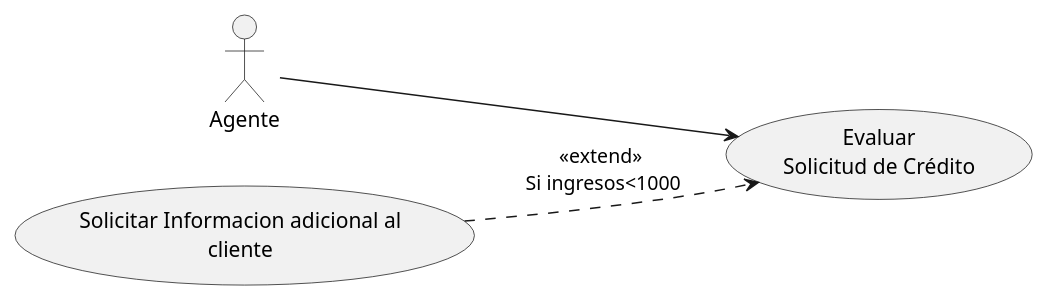
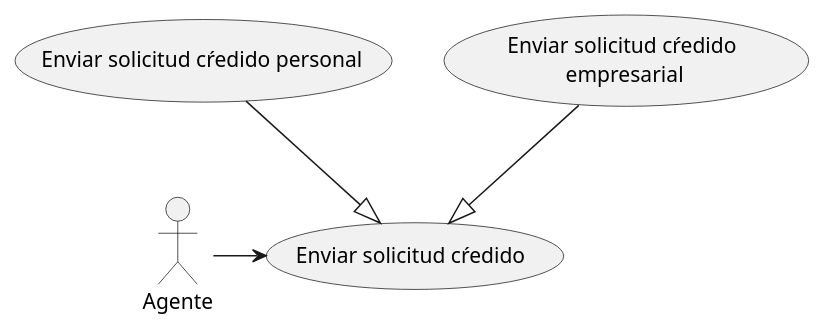
The diagram in src/diagrama de casos de uso.puml (preguntitas/PlanUml2), drawn with PlantUML before and after one commit.

Commit message:
Diagrama 6

```diff
--- a/src/diagrama de casos de uso.puml
+++ b/src/diagrama de casos de uso.puml
@@ -1,9 +1,11 @@
 @startuml
-left to right direction
 :Agente: as agente
-(Evaluar\nSolicitud de Crédito) as evaluar
-(Solicitar Informacion adicional al\ncliente) as solicitar
+(Enviar solicitud cŕedido) as enviar
+(Enviar solicitud cŕedido personal) as personal
+(Enviar solicitud cŕedido\n empresarial) as empresarial
 
-agente --> evaluar
-solicitar ..> evaluar : <<extend>>\n Si ingresos<1000
+agente -> enviar
+personal --|> enviar
+empresarial --|> enviar
+
 @enduml
```
